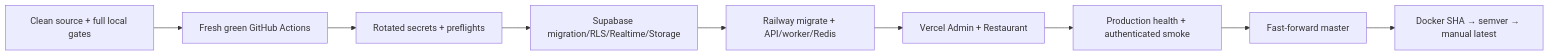
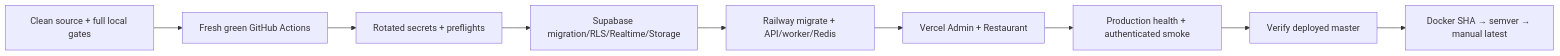
The diagram in docs/deployment-guide.md (JasonTM17/FoodDelivery_App), drawn with Mermaid before and after one commit. The commit also changed other lines of this file and 18 other files, not shown here.

````diff
--- a/docs/deployment-guide.md
+++ b/docs/deployment-guide.md
@@ -28,11 +28,11 @@
 ```mermaid
 flowchart LR
     A["Clean source + full local gates"] --> B["Fresh green GitHub Actions"]
     B --> C["Rotated secrets + preflights"]
     C --> D["Supabase migration/RLS/Realtime/Storage"]
     D --> E["Railway migrate + API/worker/Redis"]
     E --> F["Vercel Admin + Restaurant"]
     F --> G["Production health + authenticated smoke"]
-    G --> H["Fast-forward master"]
+    G --> H["Verify deployed master"]
     H --> I["Docker SHA → semver → manual latest"]
 ```
````
